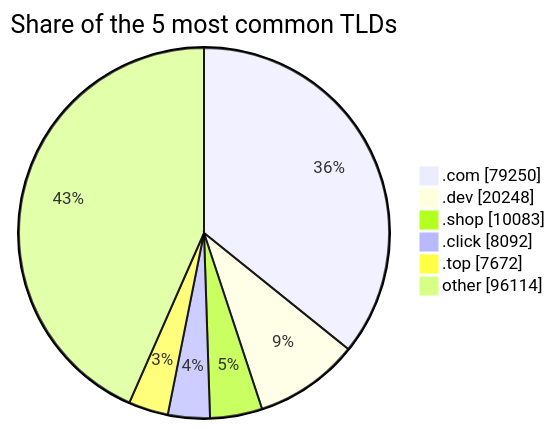
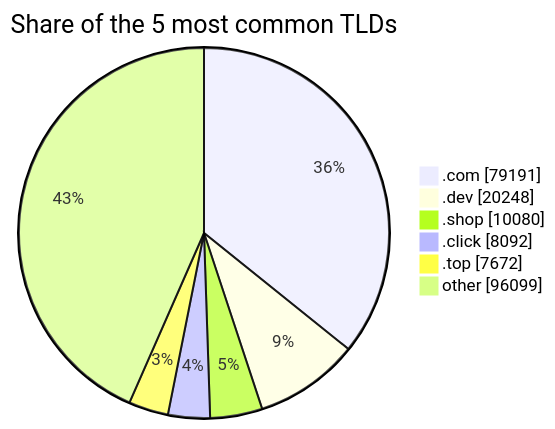
Before and after one commit to DNSBunker/CTI: the third of 3 diagrams in README.md, drawn with Mermaid. The commit also changed other lines of this file and 3 other files, not shown here.

````diff
--- a/README.md
+++ b/README.md
@@ -81,9 +81,9 @@
 ```mermaid
 pie showData title Share of the 5 most common TLDs
-    ".com" : 79250
+    ".com" : 79191
     ".dev" : 20248
-    ".shop" : 10083
+    ".shop" : 10080
     ".click" : 8092
     ".top" : 7672
-    "other" : 96114
+    "other" : 96099
 ```
````
